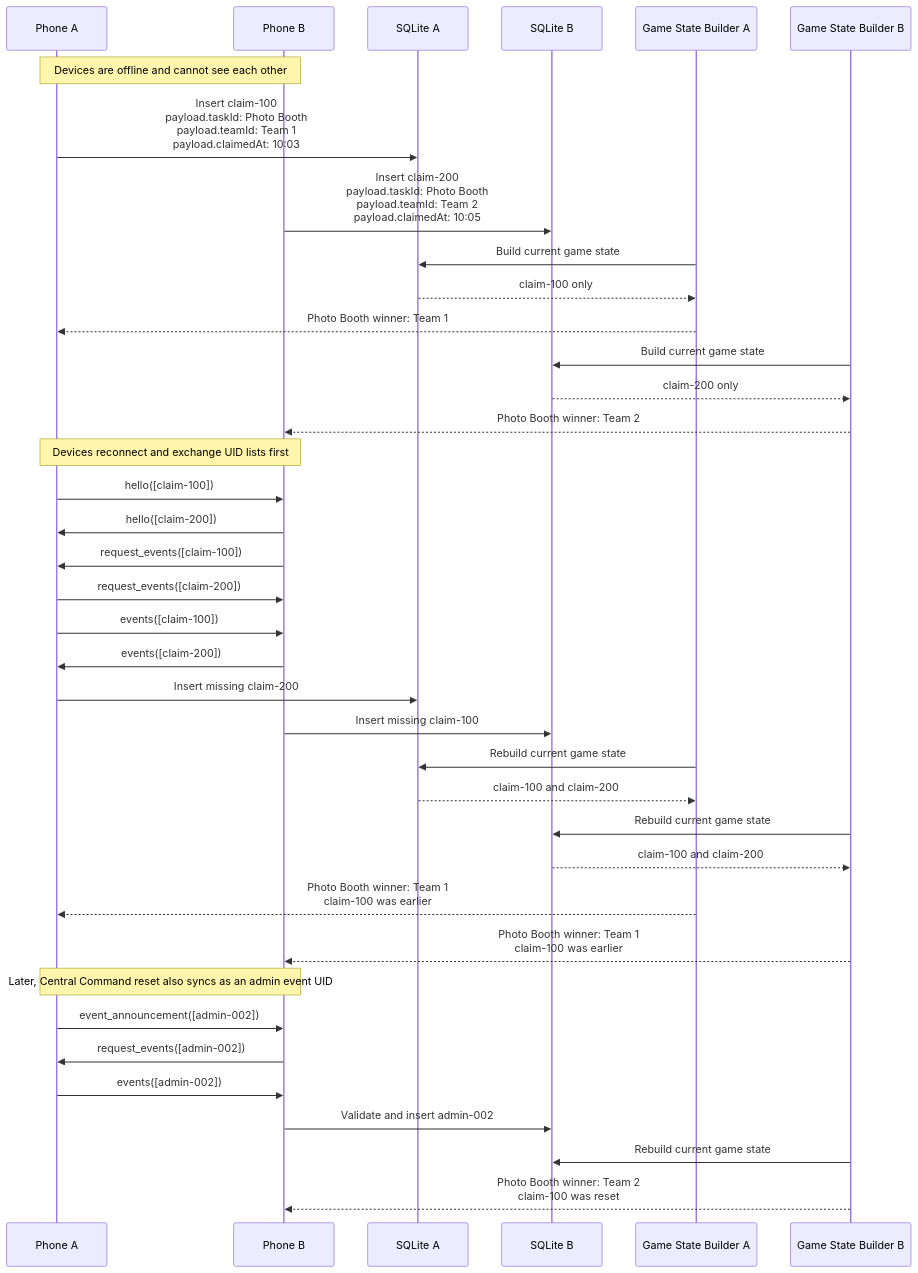
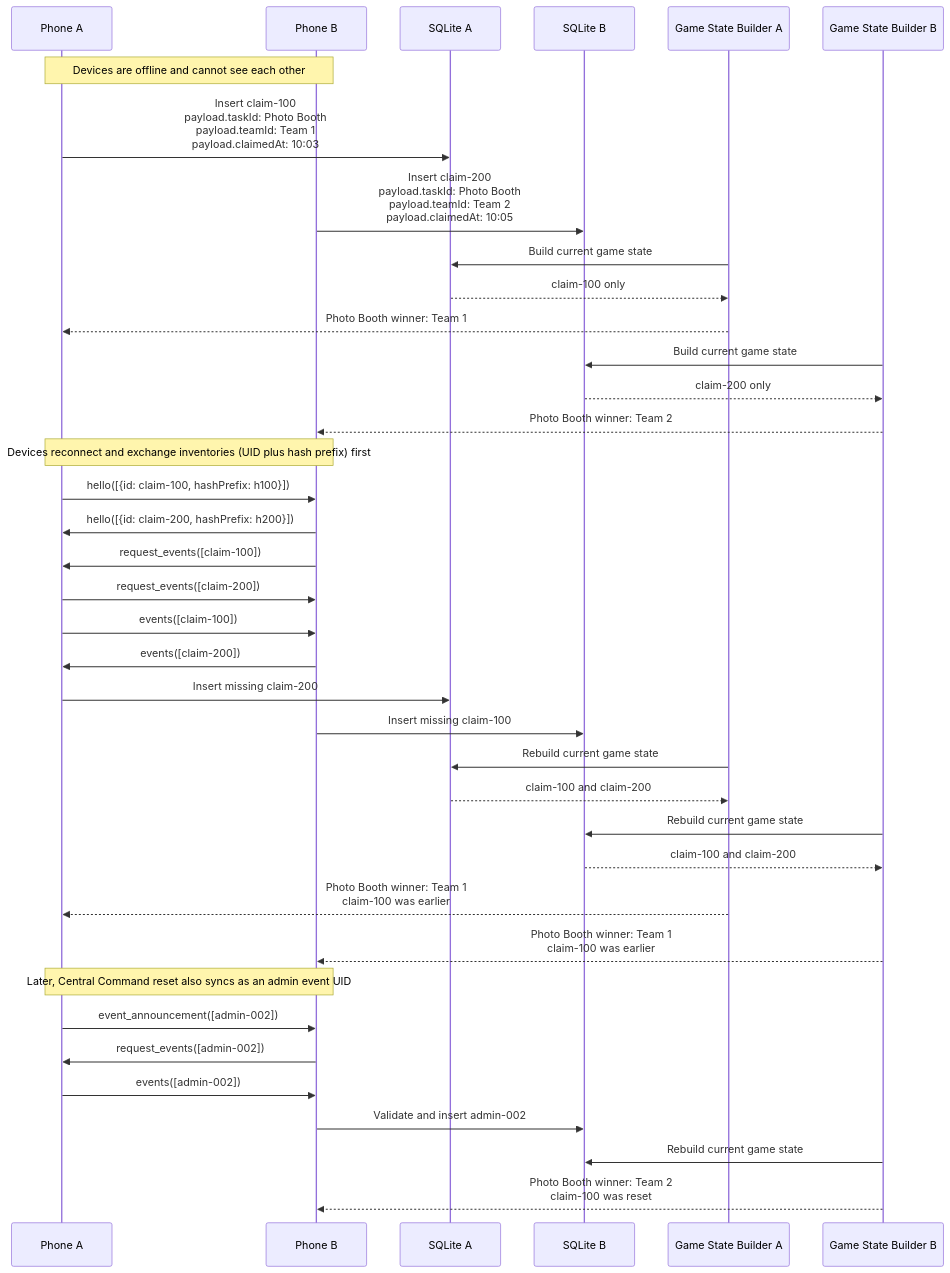
One commit to Gabriel-Gerdes/HumanHaunt changed the third of 5 diagrams in docs/design-doc-v1.md. Above: the diagram before and after it, drawn with Mermaid. The commit also changed other lines of this file, not shown here.

````diff
--- a/docs/design-doc-v1.md
+++ b/docs/design-doc-v1.md
@@ -663,44 +673,44 @@
 ```mermaid
 sequenceDiagram
   participant A as Phone A
   participant B as Phone B
   participant StoreA as SQLite A
   participant StoreB as SQLite B
   participant BuilderA as Game State Builder A
   participant BuilderB as Game State Builder B
 
   Note over A,B: Devices are offline and cannot see each other
   A->>StoreA: Insert claim-100<br/>payload.taskId: Photo Booth<br/>payload.teamId: Team 1<br/>payload.claimedAt: 10:03
   B->>StoreB: Insert claim-200<br/>payload.taskId: Photo Booth<br/>payload.teamId: Team 2<br/>payload.claimedAt: 10:05
   BuilderA->>StoreA: Build current game state
   StoreA-->>BuilderA: claim-100 only
   BuilderA-->>A: Photo Booth winner: Team 1
   BuilderB->>StoreB: Build current game state
   StoreB-->>BuilderB: claim-200 only
   BuilderB-->>B: Photo Booth winner: Team 2
 
-  Note over A,B: Devices reconnect and exchange UID lists first
-  A->>B: hello([claim-100])
-  B->>A: hello([claim-200])
+  Note over A,B: Devices reconnect and exchange inventories (UID plus hash prefix) first
+  A->>B: hello([{id: claim-100, hashPrefix: h100}])
+  B->>A: hello([{id: claim-200, hashPrefix: h200}])
   B->>A: request_events([claim-100])
   A->>B: request_events([claim-200])
   A->>B: events([claim-100])
   B->>A: events([claim-200])
 
   A->>StoreA: Insert missing claim-200
   B->>StoreB: Insert missing claim-100
   BuilderA->>StoreA: Rebuild current game state
   StoreA-->>BuilderA: claim-100 and claim-200
   BuilderB->>StoreB: Rebuild current game state
   StoreB-->>BuilderB: claim-100 and claim-200
   BuilderA-->>A: Photo Booth winner: Team 1<br/>claim-100 was earlier
   BuilderB-->>B: Photo Booth winner: Team 1<br/>claim-100 was earlier
 
   Note over A,B: Later, Central Command reset also syncs as an admin event UID
   A->>B: event_announcement([admin-002])
   B->>A: request_events([admin-002])
   A->>B: events([admin-002])
   B->>StoreB: Validate and insert admin-002
   BuilderB->>StoreB: Rebuild current game state
   BuilderB-->>B: Photo Booth winner: Team 2<br/>claim-100 was reset
 ```
````
